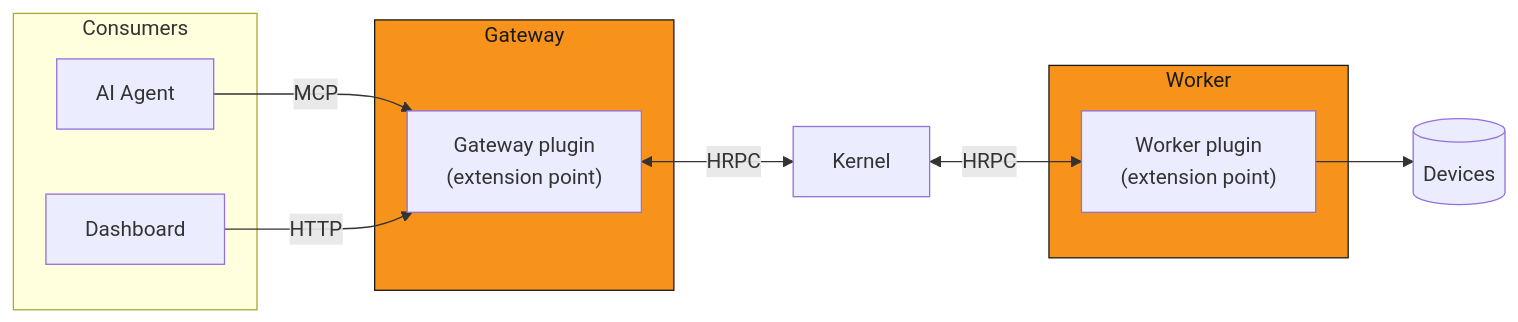
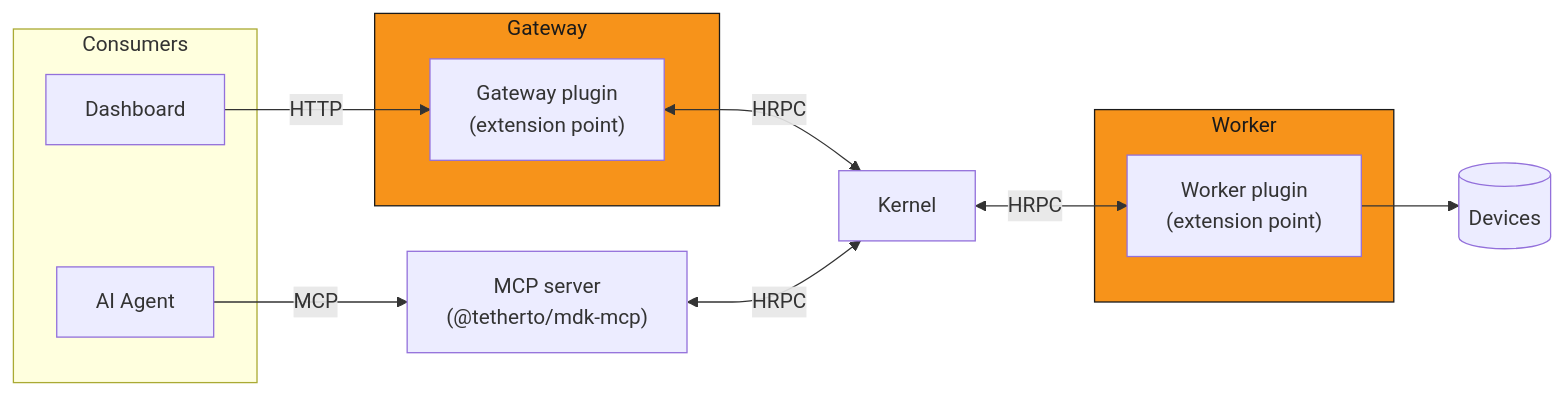
The diagram in docs/concepts/architecture.md (tekwani/mdk), drawn with Mermaid before and after one commit. The commit also changed other lines of this file and 629 other files, not shown here.

````diff
--- a/docs/concepts/architecture.md
+++ b/docs/concepts/architecture.md
@@ -20,28 +20,31 @@
 ```mermaid
 flowchart LR
     subgraph consumers [Consumers]
         Agent["AI Agent"]
         Dashboard["Dashboard"]
     end
 
     subgraph gw ["Gateway"]
         GP["Gateway plugin\n(extension point)"]
     end
 
+    MCP["MCP server\n(@tetherto/mdk-mcp)"]
+
     K["Kernel"]
 
     subgraph wk ["Worker"]
         WP["Worker plugin\n(extension point)"]
     end
 
     Devices[("Devices")]
 
-    Agent -->|"MCP"| GP
+    Agent -->|"MCP"| MCP
     Dashboard -->|"HTTP"| GP
     GP <-->|"HRPC"| K
+    MCP <-->|"HRPC"| K
     K <-->|"HRPC"| WP
     WP --> Devices
 
     style gw fill:#F7931A,stroke:#1A1A1A,color:#1A1A1A
     style wk fill:#F7931A,stroke:#1A1A1A,color:#1A1A1A
 ```
````
